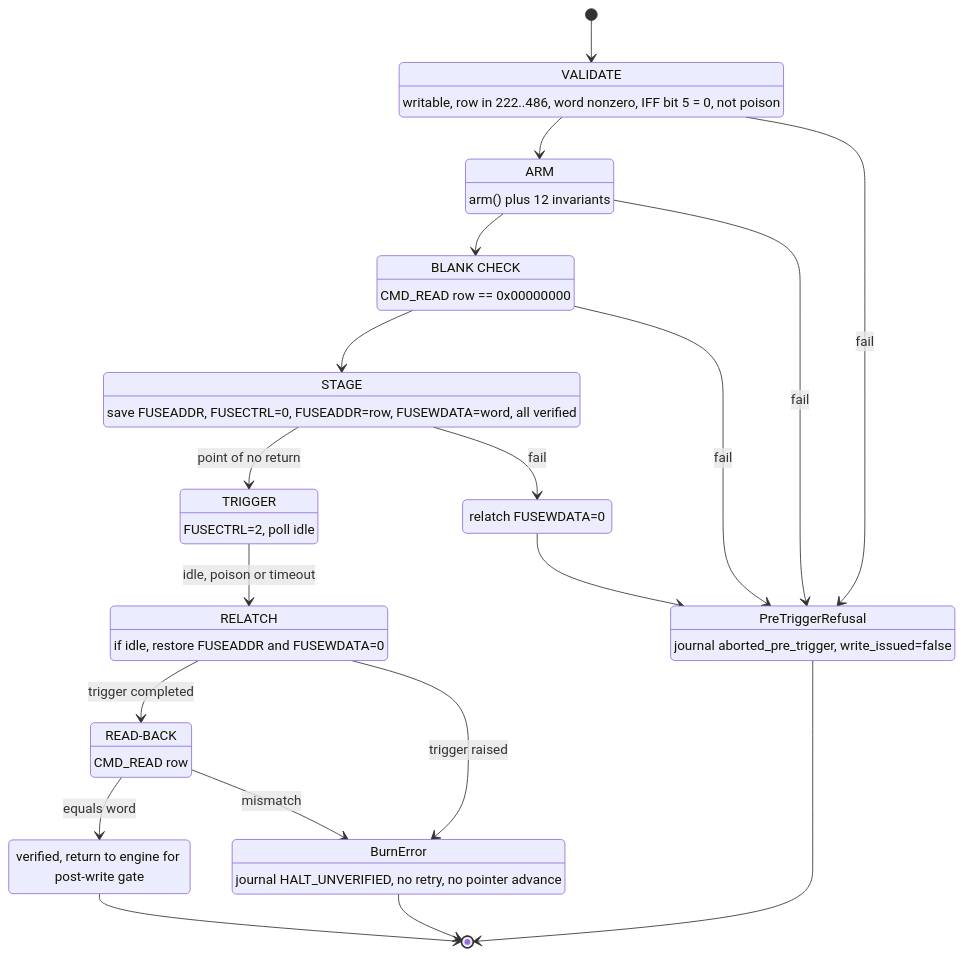
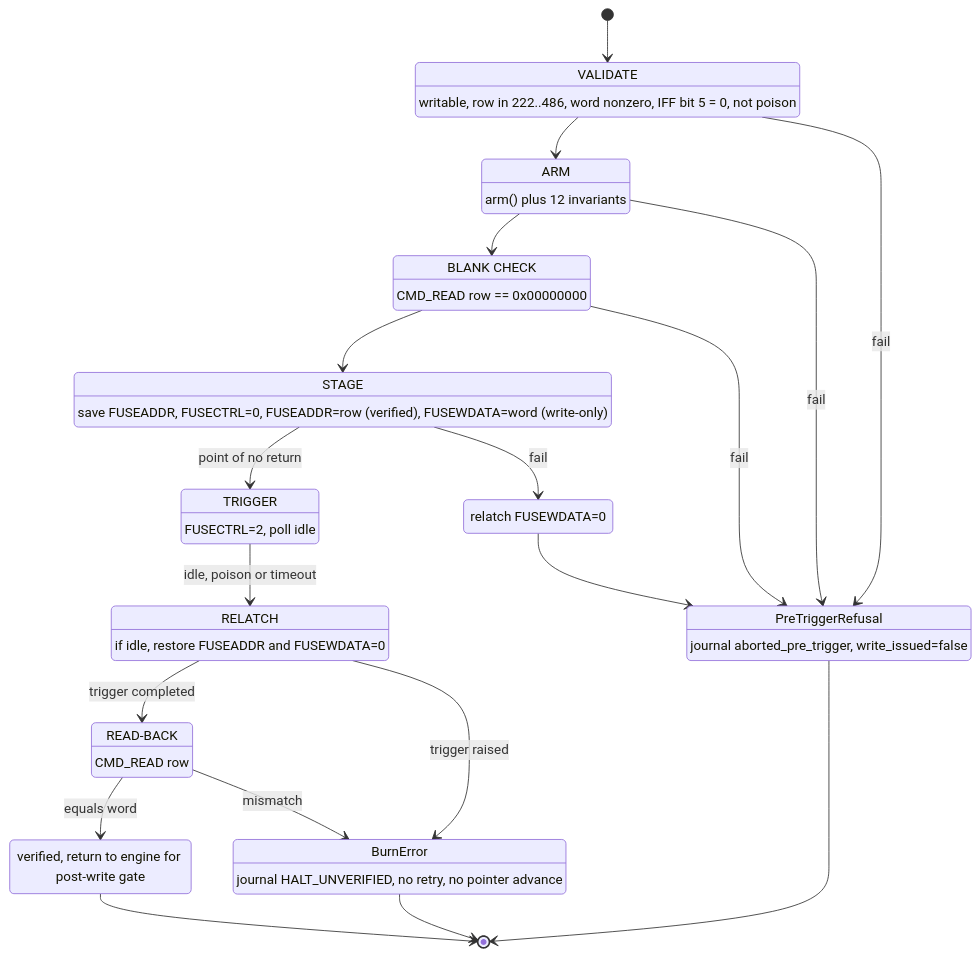
The eighth of 8 diagrams in docs/FUSE_CONTROLLER.md (scrameta/cmp170hx-burn-tool), drawn with Mermaid before and after one commit. The commit also changed other lines of this file and 12 other files, not shown here.

Commit message:
Fixed some burn errors, reading write only regs etc!

````diff
--- a/docs/FUSE_CONTROLLER.md
+++ b/docs/FUSE_CONTROLLER.md
@@ -450,47 +448,47 @@
 ```mermaid
 stateDiagram-v2
     direction TB
     [*] --> Validate
     Validate : VALIDATE
     Validate : writable, row in 222..486, word nonzero, IFF bit 5 = 0, not poison
     Arm : ARM
     Arm : arm() plus 12 invariants
     BlankCheck : BLANK CHECK
     BlankCheck : CMD_READ row == 0x00000000
     Stage : STAGE
-    Stage : save FUSEADDR, FUSECTRL=0, FUSEADDR=row, FUSEWDATA=word, all verified
+    Stage : save FUSEADDR, FUSECTRL=0, FUSEADDR=row (verified), FUSEWDATA=word (write-only)
     Trigger : TRIGGER
     Trigger : FUSECTRL=2, poll idle
     Relatch : RELATCH
     Relatch : if idle, restore FUSEADDR and FUSEWDATA=0
     Readback : READ-BACK
     Readback : CMD_READ row
 
     Validate --> Arm
     Arm --> BlankCheck
     BlankCheck --> Stage
     Stage --> Trigger : point of no return
     Trigger --> Relatch : idle, poison or timeout
     Relatch --> Readback : trigger completed
     Readback --> Done : equals word
 
     Validate --> PreTrigger : fail
     Arm --> PreTrigger : fail
     BlankCheck --> PreTrigger : fail
     Stage --> RelatchPre : fail
     RelatchPre : relatch FUSEWDATA=0
     RelatchPre --> PreTrigger
 
     Relatch --> PostTrigger : trigger raised
     Readback --> PostTrigger : mismatch
 
     PreTrigger : PreTriggerRefusal
     PreTrigger : journal aborted_pre_trigger, write_issued=false
     PostTrigger : BurnError
     PostTrigger : journal HALT_UNVERIFIED, no retry, no pointer advance
     Done : verified, return to engine for post-write gate
 
     Done --> [*]
     PreTrigger --> [*]
     PostTrigger --> [*]
 ```
````
